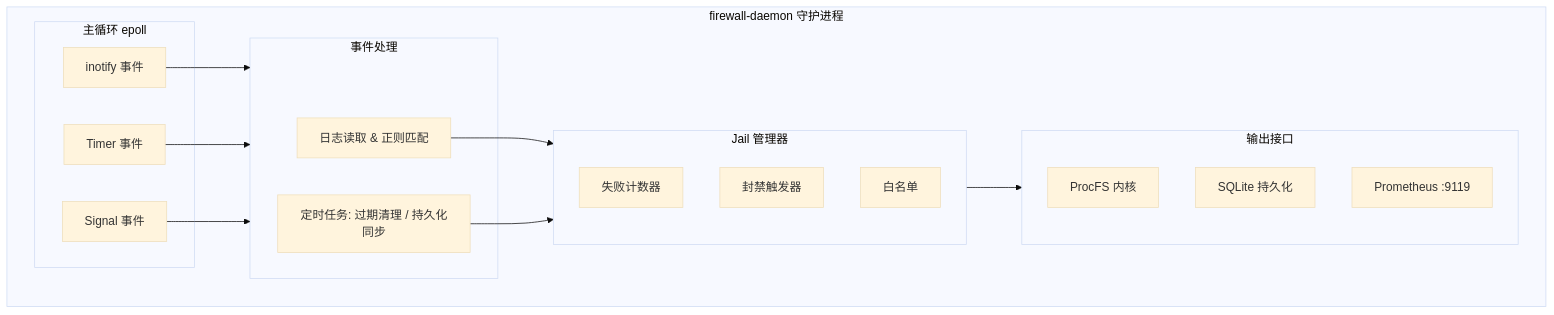
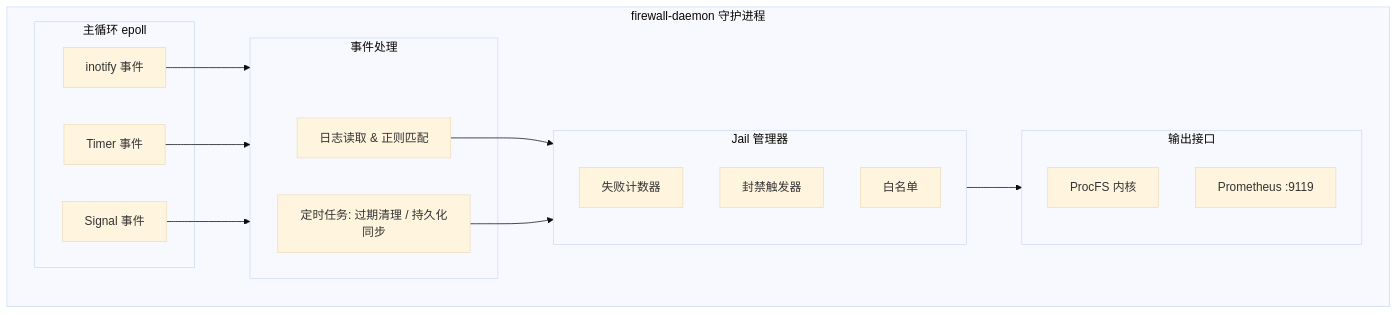
The second of 7 diagrams in docs/zh/architecture/daemon.md (SnowCore8/linux-firewall-kmod), drawn with Mermaid (base theme) before and after one commit. The commit also changed other lines of this file and 39 other files, not shown here.

````diff
--- a/docs/zh/architecture/daemon.md
+++ b/docs/zh/architecture/daemon.md
@@ -95,34 +90,33 @@
 ```mermaid
 graph TB
     subgraph Daemon["firewall-daemon 守护进程"]
         subgraph MainLoop["主循环 epoll"]
             Inotify["inotify 事件"]
             Timer["Timer 事件"]
             Signal["Signal 事件"]
         end
         
         subgraph EventHandler["事件处理"]
             LogParser["日志读取 & 正则匹配"]
             ScheduledTasks["定时任务: 过期清理 / 持久化同步"]
         end
         
         subgraph JailManager["Jail 管理器"]
             FailureCounter["失败计数器"]
             BanTrigger["封禁触发器"]
             Whitelist["白名单"]
         end
         
         subgraph Output["输出接口"]
             ProcFS["ProcFS 内核"]
-            SQLite["SQLite 持久化"]
             Prometheus["Prometheus :9119"]
         end
         
         Inotify --> EventHandler
         Timer --> EventHandler
         Signal --> EventHandler
         LogParser --> JailManager
         ScheduledTasks --> JailManager
         JailManager --> Output
     end
 ```
````
